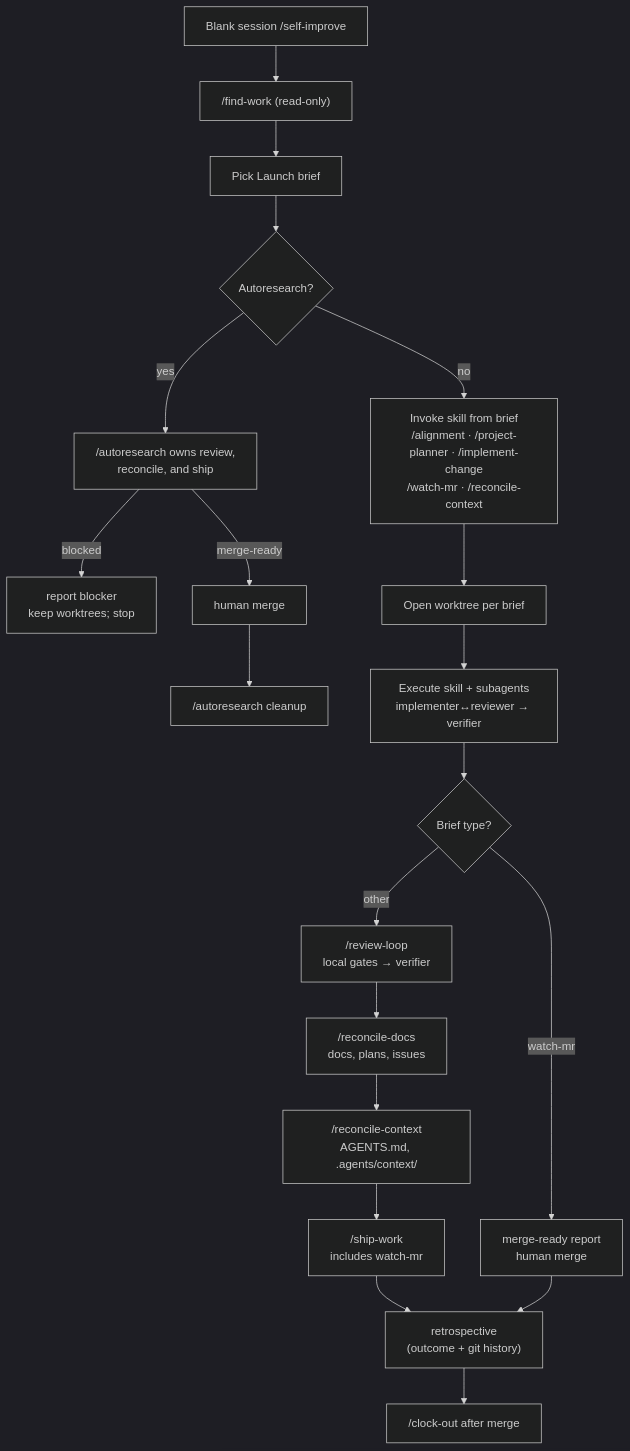
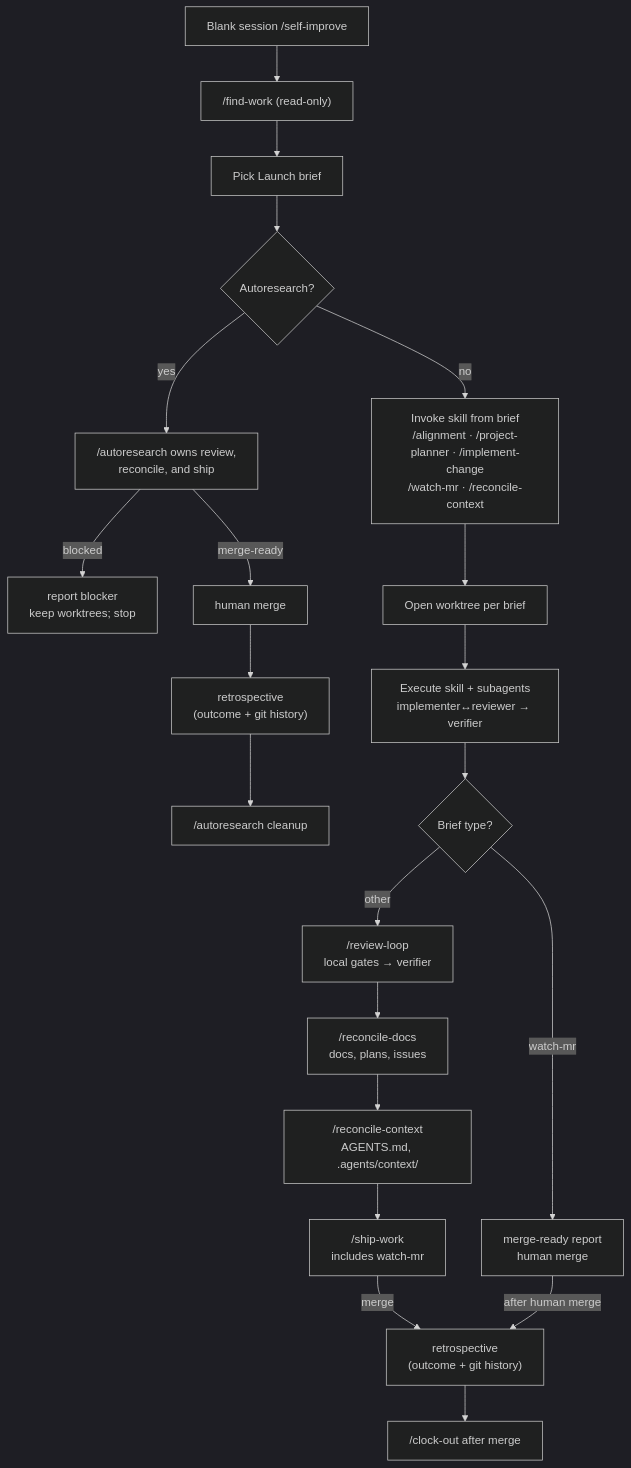
Before and after one commit to Apocrathia/homelab: the diagram in .agents/skills/self-improve/SKILL.md, drawn with Mermaid (dark theme). The commit also changed other lines of this file and 37 other files, not shown here.

````diff
--- a/.agents/skills/self-improve/SKILL.md
+++ b/.agents/skills/self-improve/SKILL.md
@@ -36,23 +36,24 @@
 ```mermaid
 flowchart TD
   start[Blank session /self-improve]
   start --> findWork["/find-work (read-only)"]
   findWork --> pick[Pick Launch brief]
   pick --> setup{Autoresearch?}
   setup -->|yes| researchShip["/autoresearch owns review,<br/>reconcile, and ship"]
   researchShip -->|"blocked"| researchBlocked["report blocker<br/>keep worktrees; stop"]
   researchShip -->|"merge-ready"| researchMerge["human merge"]
-  researchMerge --> researchCleanup["/autoresearch cleanup"]
+  researchMerge --> researchRetro["retrospective<br/>(outcome + git history)"]
+  researchRetro --> researchCleanup["/autoresearch cleanup"]
   setup -->|no| invoke["Invoke skill from brief<br/>/alignment · /project-planner · /implement-change<br/>/watch-mr · /reconcile-context"]
   invoke --> worktree[Open worktree per brief]
   worktree --> build["Execute skill + subagents<br/>implementer↔reviewer → verifier"]
   build --> route{Brief type?}
   route -->|watch-mr| mergeReady["merge-ready report<br/>human merge"]
   route -->|other| review["/review-loop<br/>local gates → verifier"]
   review --> reconcileDocs["/reconcile-docs<br/>docs, plans, issues"]
   reconcileDocs --> reconcileCtx["/reconcile-context<br/>AGENTS.md, .agents/context/"]
   reconcileCtx --> ship["/ship-work<br/>includes watch-mr"]
-  ship --> retro["retrospective<br/>(outcome + git history)"]
-  mergeReady --> retro
+  ship -->|"merge"| retro["retrospective<br/>(outcome + git history)"]
+  mergeReady -->|"after human merge"| retro
   retro --> clockOut["/clock-out after merge"]
 ```
````
